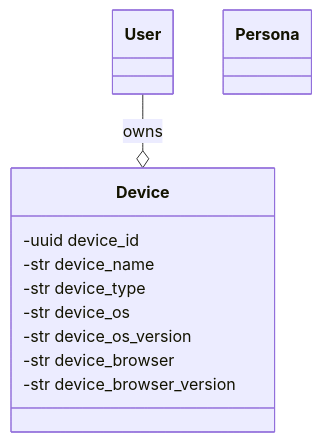
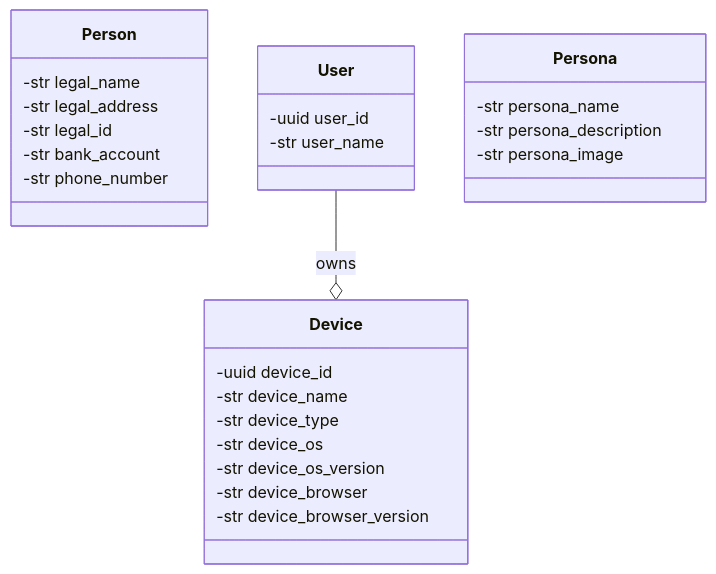
The first of 2 diagrams in Documentation/technical/voting.md (TetraPlex-org/central), drawn with Mermaid before and after one commit. The commit also changed other lines of this file, not shown here.

Commit message:
model: voting - identity

````diff
--- a/Documentation/technical/voting.md
+++ b/Documentation/technical/voting.md
@@ -13,18 +15,34 @@
 ```mermaid
 classDiagram
-    class User
+    class Person{
+        -str legal_name
+        -str legal_address
+        -str legal_id
+        -str bank_account
+        -str phone_number
+    }
+
+    class User{
+        -uuid user_id
+        -str user_name
+
+    }
 
     class Device{
         -uuid device_id
         -str device_name
         -str device_type
         -str device_os
         -str device_os_version
         -str device_browser
         -str device_browser_version
     }
 
-    class Persona
+    class Persona{
+        -str persona_name
+        -str persona_description
+        -str persona_image
+    }
 
     User --o Device : owns
 ```
````
